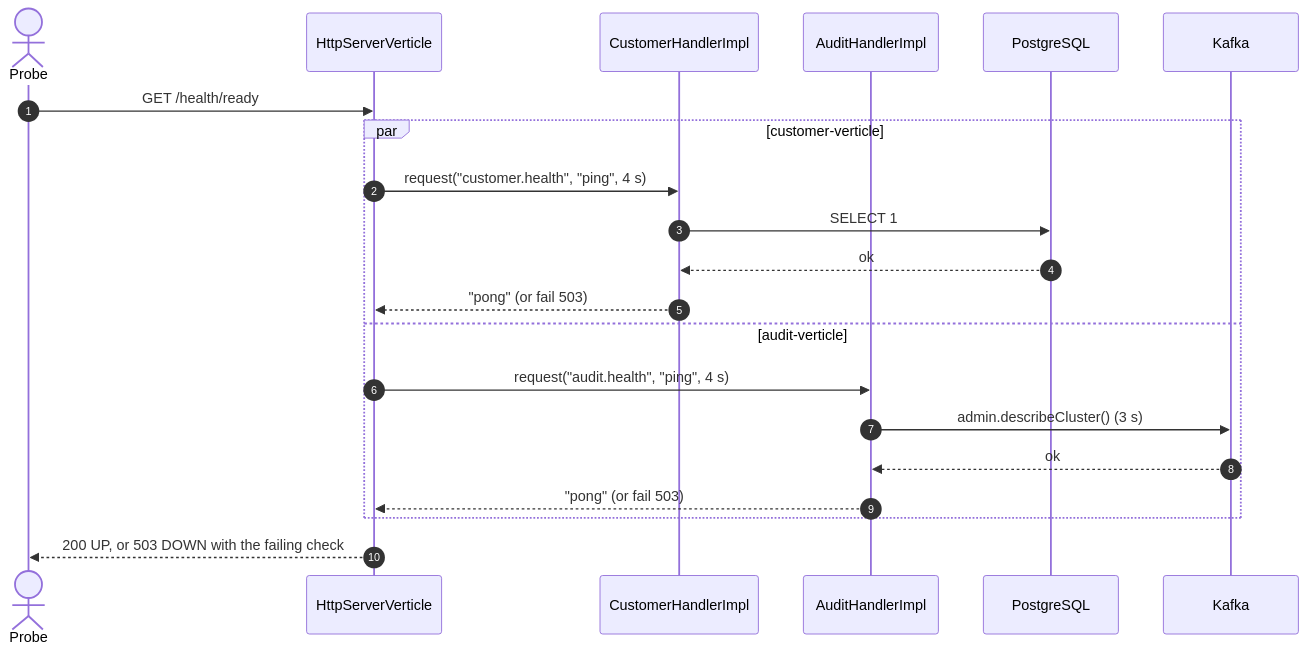
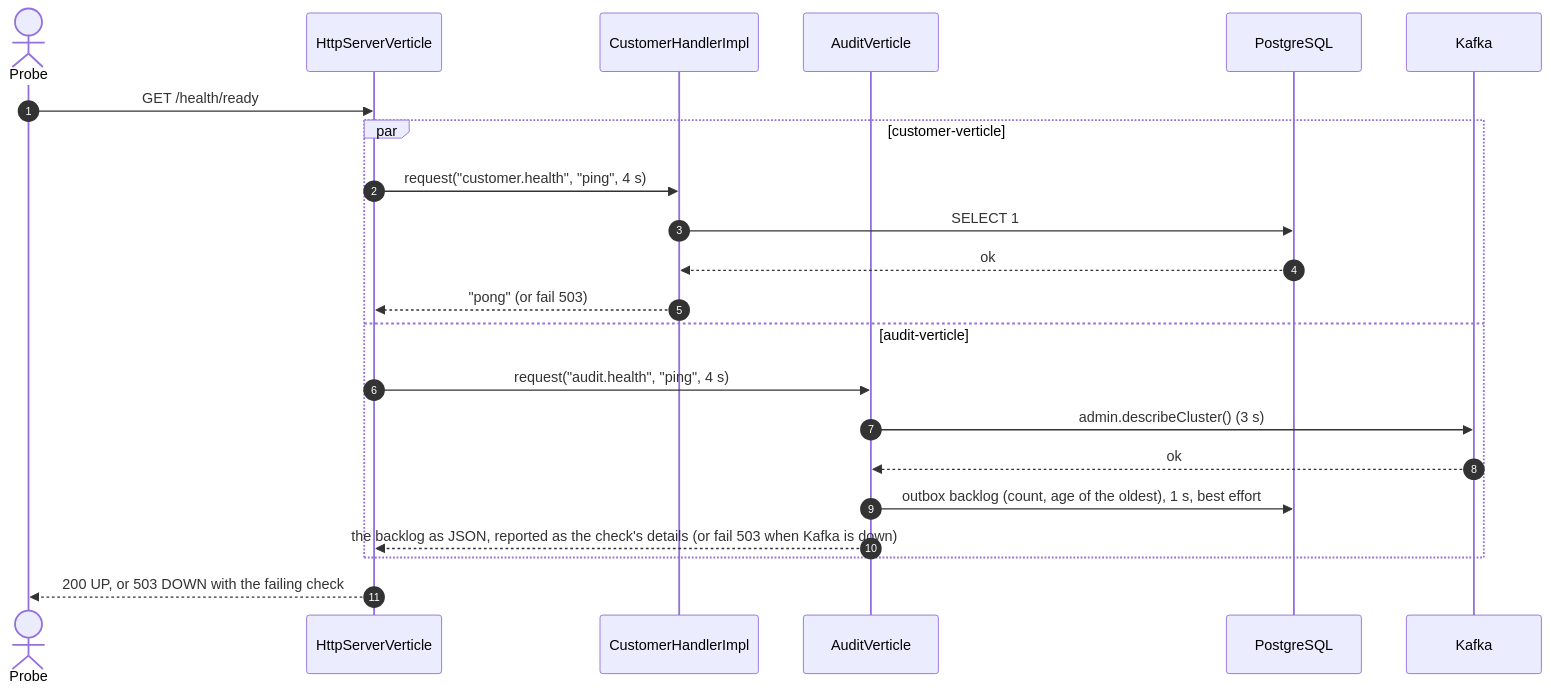
Diagram 12 of 17 in docs/ARCHITECTURE.md (bataillec/customer-api-vertx), drawn with Mermaid before and after one commit. The commit also changed other lines of this file and 41 other files, not shown here.

First line of the commit message:
feat(Audit): Write audit events through a transactional outbox (#23)

````diff
--- a/docs/ARCHITECTURE.md
+++ b/docs/ARCHITECTURE.md
@@ -419,23 +441,24 @@
 ```mermaid
 sequenceDiagram
     autonumber
     actor P as Probe
     participant H as HttpServerVerticle
     participant CH as CustomerHandlerImpl
-    participant AH as AuditHandlerImpl
+    participant AH as AuditVerticle
     participant DB as PostgreSQL
     participant K as Kafka
     P ->> H: GET /health/ready
     par customer-verticle
         H ->> CH: request("customer.health", "ping", 4 s)
         CH ->> DB: SELECT 1
         DB -->> CH: ok
         CH -->> H: "pong" (or fail 503)
     and audit-verticle
         H ->> AH: request("audit.health", "ping", 4 s)
         AH ->> K: admin.describeCluster() (3 s)
         K -->> AH: ok
-        AH -->> H: "pong" (or fail 503)
+        AH ->> DB: outbox backlog (count, age of the oldest), 1 s, best effort
+        AH -->> H: the backlog as JSON, reported as the check's details (or fail 503 when Kafka is down)
     end
     H -->> P: 200 UP, or 503 DOWN with the failing check
 ```
````
